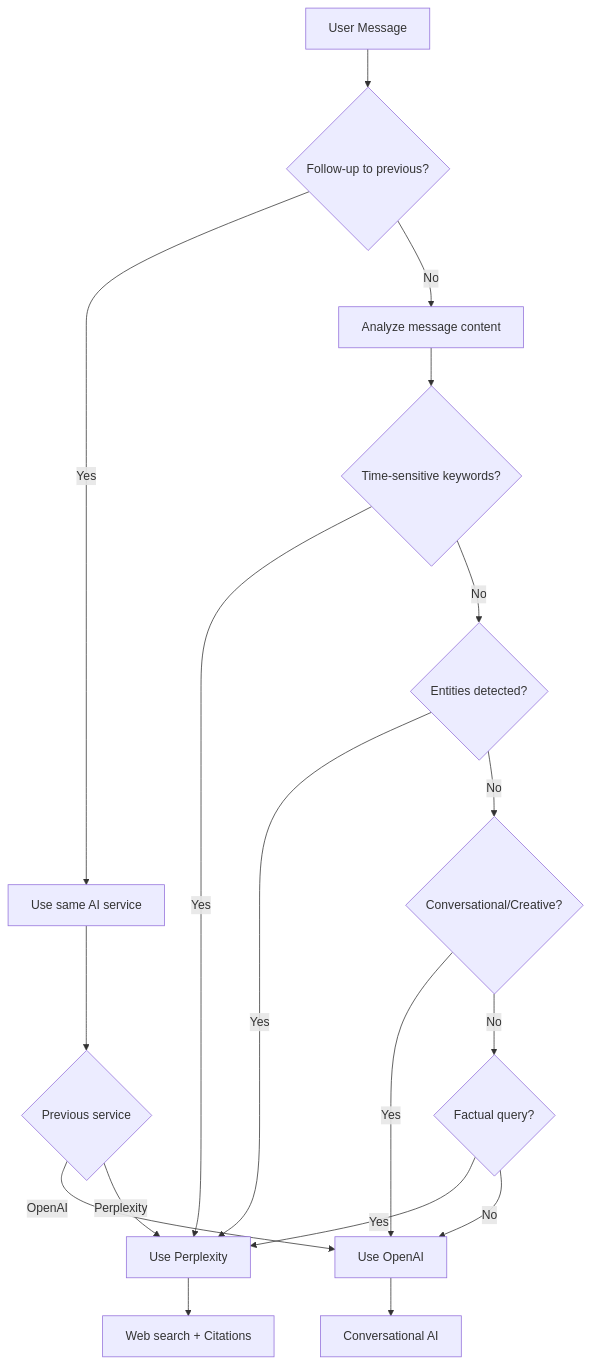
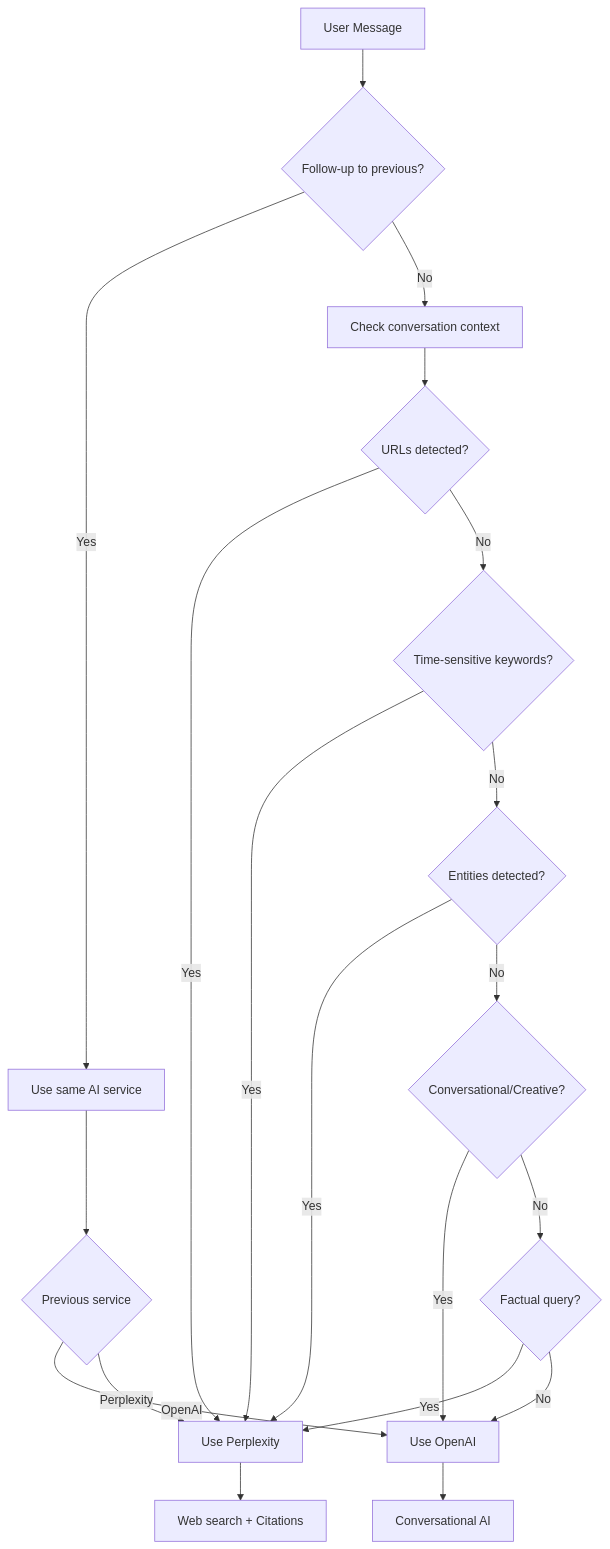
Before and after one commit to johndotpub/DiscordianAI: the diagram in docs/README.md, drawn with Mermaid. The commit also changed 2 other files, not shown here.

Commit message:
docs: update Mermaid diagrams and fix documentation accuracy
- Fix HybridMode.md flowchart to include conversation context checking and URL priority
- Update docs/README.md routing diagram to match actual implementation logic

````diff
--- a/docs/README.md
+++ b/docs/README.md
@@ -28,25 +28,28 @@
 ```mermaid
 flowchart TD
     A[User Message] --> B{Follow-up to previous?}
     B -->|Yes| C[Use same AI service]
-    B -->|No| D[Analyze message content]
+    B -->|No| D[Check conversation context]
     
-    D --> E{Time-sensitive keywords?}
+    D --> E{URLs detected?}
     E -->|Yes| F[Use Perplexity]
-    E -->|No| G{Entities detected?}
+    E -->|No| G{Time-sensitive keywords?}
     
     G -->|Yes| F
-    G -->|No| H{Conversational/Creative?}
+    G -->|No| H{Entities detected?}
     
-    H -->|Yes| I[Use OpenAI]
-    H -->|No| J{Factual query?}
+    H -->|Yes| F
+    H -->|No| I{Conversational/Creative?}
     
-    J -->|Yes| F
-    J -->|No| I
+    I -->|Yes| J[Use OpenAI]
+    I -->|No| K{Factual query?}
     
-    F --> K[Web search + Citations]
-    I --> L[Conversational AI]
-    C --> M{Previous service}
-    M -->|OpenAI| I
-    M -->|Perplexity| F
+    K -->|Yes| F
+    K -->|No| J
+    
+    F --> L[Web search + Citations]
+    J --> M[Conversational AI]
+    C --> N{Previous service}
+    N -->|OpenAI| J
+    N -->|Perplexity| F
 ```
````
